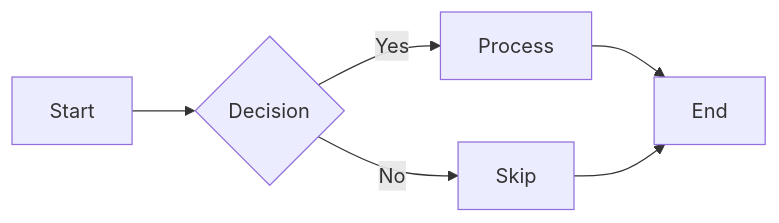
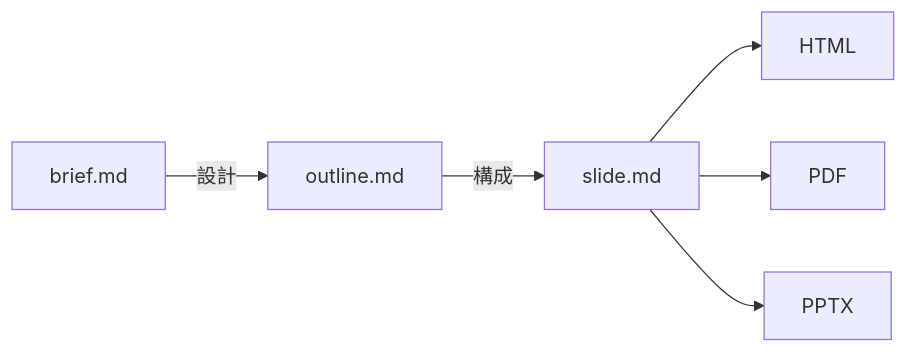
Before and after one commit to takumi-nishimura/marp-agent: the first of 2 diagrams in decks/example/slide.md, drawn with Mermaid. The commit also changed other lines of this file and 7 other files, not shown here.

````diff
--- a/decks/example/slide.md
+++ b/decks/example/slide.md
@@ -394,8 +69,8 @@
 ```mermaid
 graph LR
-  A[Start] --> B{Decision}
-  B -->|Yes| C[Process]
-  B -->|No| D[Skip]
-  C --> E[End]
-  D --> E
+    A[brief.md] -->|設計| B[outline.md]
+    B -->|構成| C[slide.md]
+    C --> D[HTML]
+    C --> E[PDF]
+    C --> F[PPTX]
 ```
````
